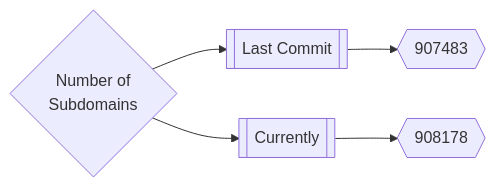
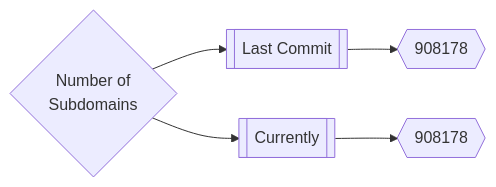
Before and after one commit to trickest/inventory: the first of 3 diagrams in README.md, drawn with Mermaid.

Commit message:
Update README.md Thu Jul 21 21:14:51 UTC 2022

````diff
--- a/README.md
+++ b/README.md
@@ -167,5 +167,5 @@
 ```mermaid
 graph LR
-title{Number of<br>Subdomains} --> subdomainsDate1[[Last Commit]] --> subdomainsNum1{{907483}}
+title{Number of<br>Subdomains} --> subdomainsDate1[[Last Commit]] --> subdomainsNum1{{908178}}
 title --> subdomainsDate2[[Currently]] --> subdomainsNum2{{908178}}
 ```
````
